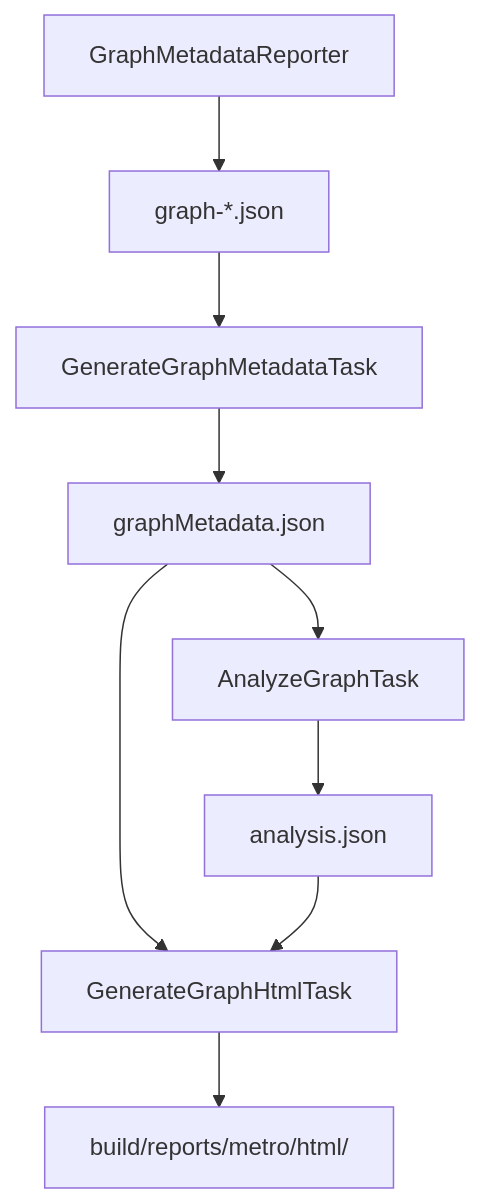
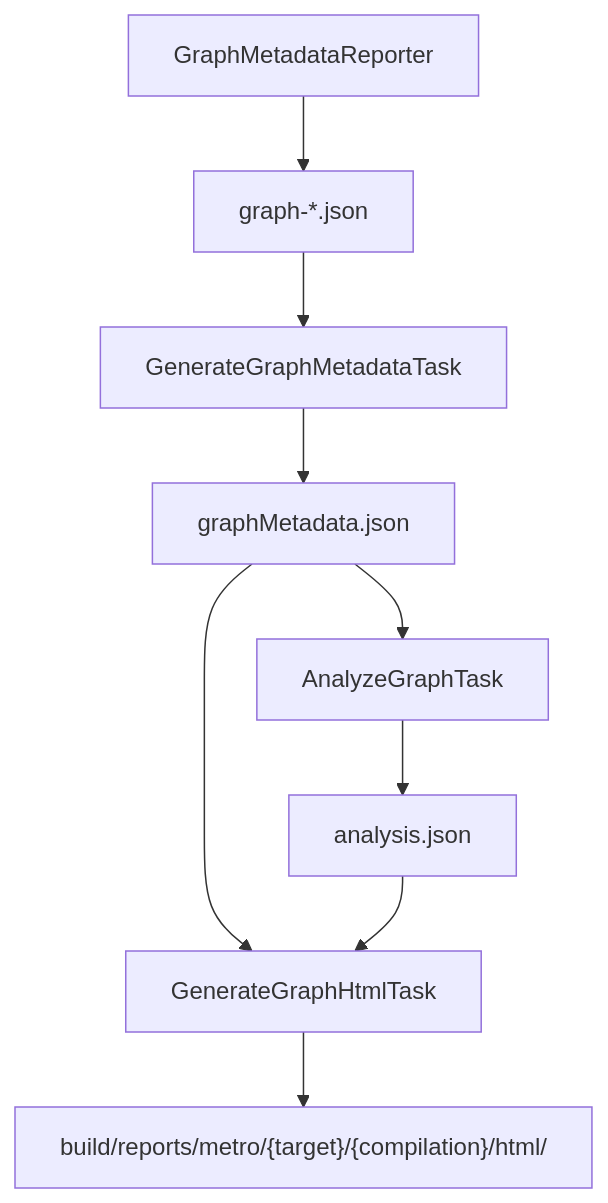
The diagram in gradle-plugin/src/main/kotlin/dev/zacsweers/metro/gradle/analysis/ANALYSIS.md (dayanruben/metro), drawn with Mermaid before and after one commit. The commit also changed other lines of this file and 17 other files, not shown here.

````diff
--- a/gradle-plugin/src/main/kotlin/dev/zacsweers/metro/gradle/analysis/ANALYSIS.md
+++ b/gradle-plugin/src/main/kotlin/dev/zacsweers/metro/gradle/analysis/ANALYSIS.md
@@ -16,11 +16,11 @@
 ```mermaid
 flowchart TD
     reporter[GraphMetadataReporter] --> raw["graph-*.json"]
     raw --> aggregate[GenerateGraphMetadataTask]
     aggregate --> metadata["graphMetadata.json"]
     metadata --> analyze[AnalyzeGraphTask]
     analyze --> analysis["analysis.json"]
     metadata --> html[GenerateGraphHtmlTask]
     analysis --> html
-    html --> output["build/reports/metro/html/"]
+    html --> output["build/reports/metro/{target}/{compilation}/html/"]
 ```
````
